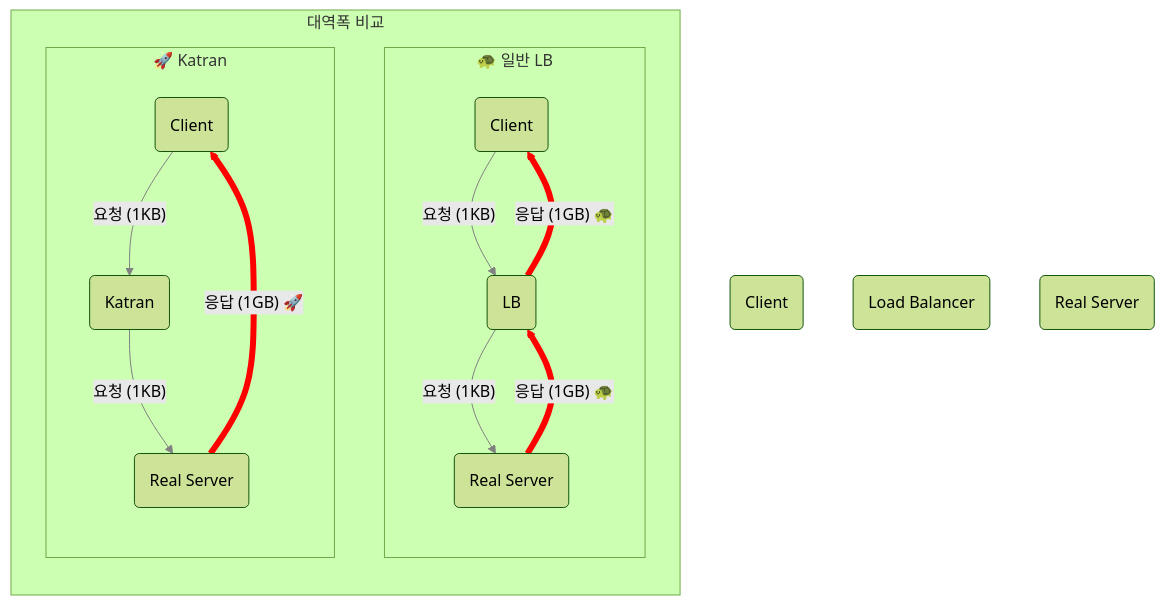
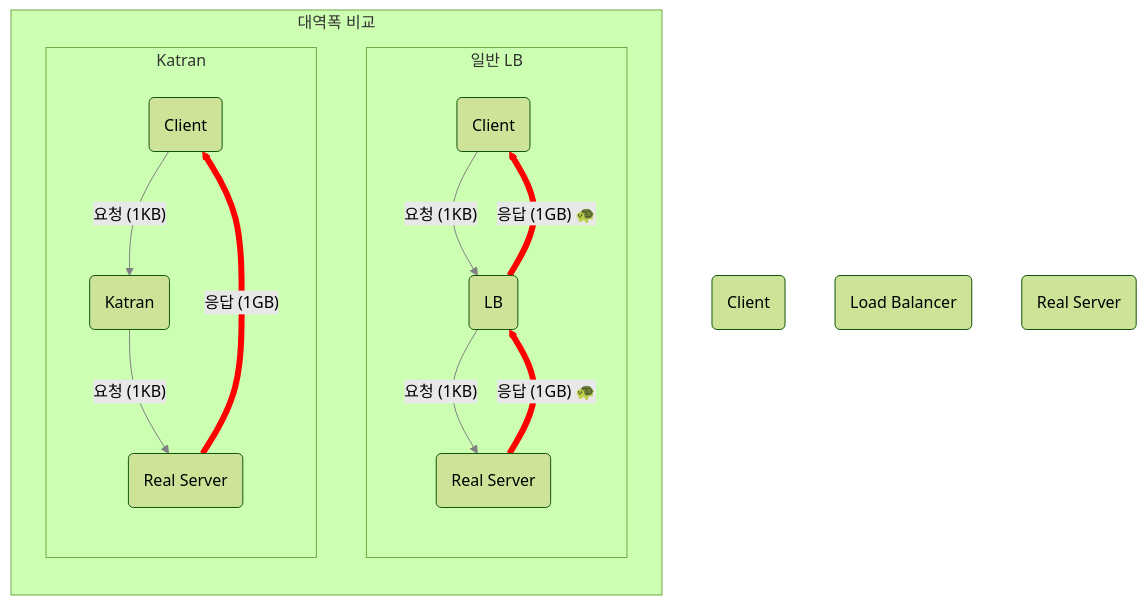
The first of 2 diagrams in mini-lb/readme.md (pgb0908/xdp-tutorial), drawn with Mermaid (forest theme) before and after one commit. The commit also changed other lines of this file and 9 other files, not shown here.

````diff
--- a/mini-lb/readme.md
+++ b/mini-lb/readme.md
@@ -12,42 +21,42 @@
 ```mermaid
 graph TD
     %% 노드 정의
     Client(Client)
     LB(Load Balancer)
     Real(Real Server)
 
     subgraph Comparison [대역폭 비교]
         direction TB
         
         %% 1. NAT 방식 (일반)
-        subgraph NAT_Mode [🐢 일반 LB ]
+        subgraph NAT_Mode [일반 LB ]
             direction TB
             C1(Client)
             L1(LB)
             R1(Real Server)
             
             C1 -- "요청 (1KB)" --> L1
             L1 -- "요청 (1KB)" --> R1
             
             R1 == "응답 (1GB) 🐢" ==> L1
             L1 == "응답 (1GB) 🐢" ==> C1
         end
 
         %% 2. DSR 방식 (Katran)
-        subgraph DSR_Mode [🚀 Katran ]
+        subgraph DSR_Mode [ Katran ]
             direction TB
             C2(Client)
             K2(Katran)
             R2(Real Server)
             
             C2 -- "요청 (1KB)" --> K2
             K2 -- "요청 (1KB)" --> R2
             
-            R2 == "응답 (1GB) 🚀" ==> C2
+            R2 == "응답 (1GB) " ==> C2
         end
     end
 
     %% 스타일링
     linkStyle 0,1,4,5 stroke-width:1px,stroke:gray;
     linkStyle 2,3,6 stroke-width:6px,stroke:red;
 ```
````
